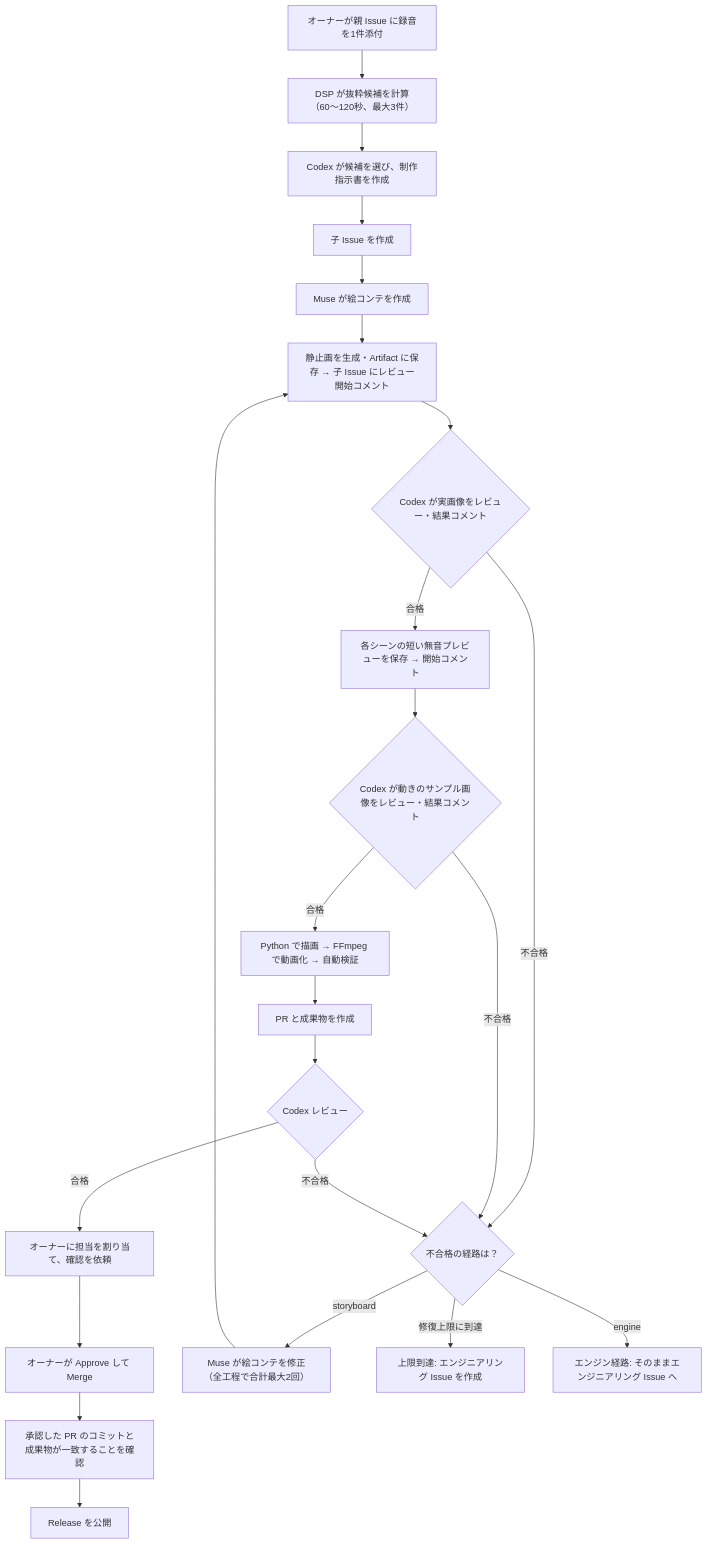
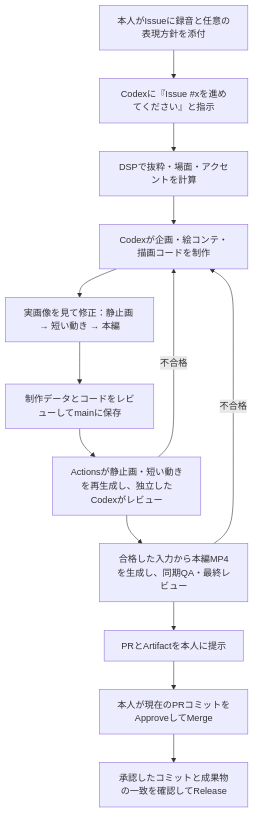
The diagram in README.md (YusukeIwaki/chopin-mood), drawn with Mermaid before and after one commit. The commit also changed other lines of this file and 26 other files, not shown here.

````diff
--- a/README.md
+++ b/README.md
@@ -14,34 +11,17 @@
 ```mermaid
 flowchart TD
-  A["オーナーが親 Issue に録音を1件添付"]
-  B["DSP が抜粋候補を計算（60〜120秒、最大3件）"]
-  C["Codex が候補を選び、制作指示書を作成"]
-  D["子 Issue を作成"]
-  E["Muse が絵コンテを作成"]
-  P["静止画を生成・Artifact に保存 → 子 Issue にレビュー開始コメント"]
-  Q{"Codex が実画像をレビュー・結果コメント"}
-  T["各シーンの短い無音プレビューを保存 → 開始コメント"]
-  U{"Codex が動きのサンプル画像をレビュー・結果コメント"}
-  F["Python で描画 → FFmpeg で動画化 → 自動検証"]
-  G["PR と成果物を作成"]
-  H{"Codex レビュー"}
-  I["オーナーに担当を割り当て、確認を依頼"]
-  J["オーナーが Approve して Merge"]
-  K["承認した PR のコミットと成果物が一致することを確認"]
-  L["Release を公開"]
-  R{"不合格の経路は？"}
-  S["Muse が絵コンテを修正（全工程で合計最大2回）"]
-  X["上限到達: エンジニアリング Issue を作成"]
-  Y["エンジン経路: そのままエンジニアリング Issue へ"]
-  A --> B --> C --> D --> E --> P --> Q
-  Q -->|合格| T --> U
-  U -->|合格| F --> G --> H
-  Q -->|不合格| R
-  U -->|不合格| R
-  H -->|合格| I --> J --> K --> L
-  H -->|不合格| R
-  R -->|storyboard| S
-  S --> P
-  R -->|修復上限に到達| X
-  R -->|engine| Y
+  A["本人がIssueに録音と任意の表現方針を添付"]
+  B["Codexに『Issue #xを進めてください』と指示"]
+  C["DSPで抜粋・場面・アクセントを計算"]
+  D["Codexが企画・絵コンテ・描画コードを制作"]
+  E["実画像を見て修正：静止画 → 短い動き → 本編"]
+  F["制作データとコードをレビューしてmainに保存"]
+  G["Actionsが静止画・短い動きを再生成し、独立したCodexがレビュー"]
+  H["合格した入力から本編MP4を生成し、同期QA・最終レビュー"]
+  I["PRとArtifactを本人に提示"]
+  J["本人が現在のPRコミットをApproveしてMerge"]
+  K["承認したコミットと成果物の一致を確認してRelease"]
+  A --> B --> C --> D --> E --> F --> G --> H --> I --> J --> K
+  G -->|不合格| D
+  H -->|不合格| D
 ```
````
